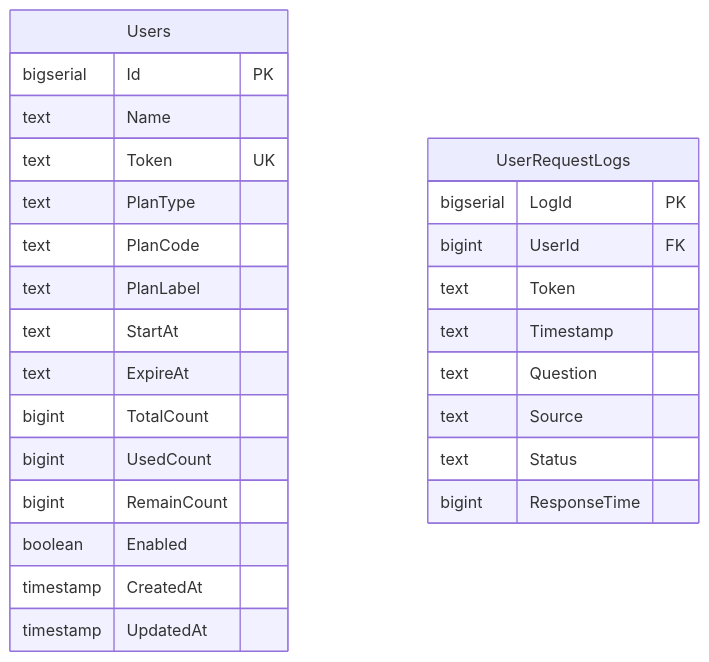
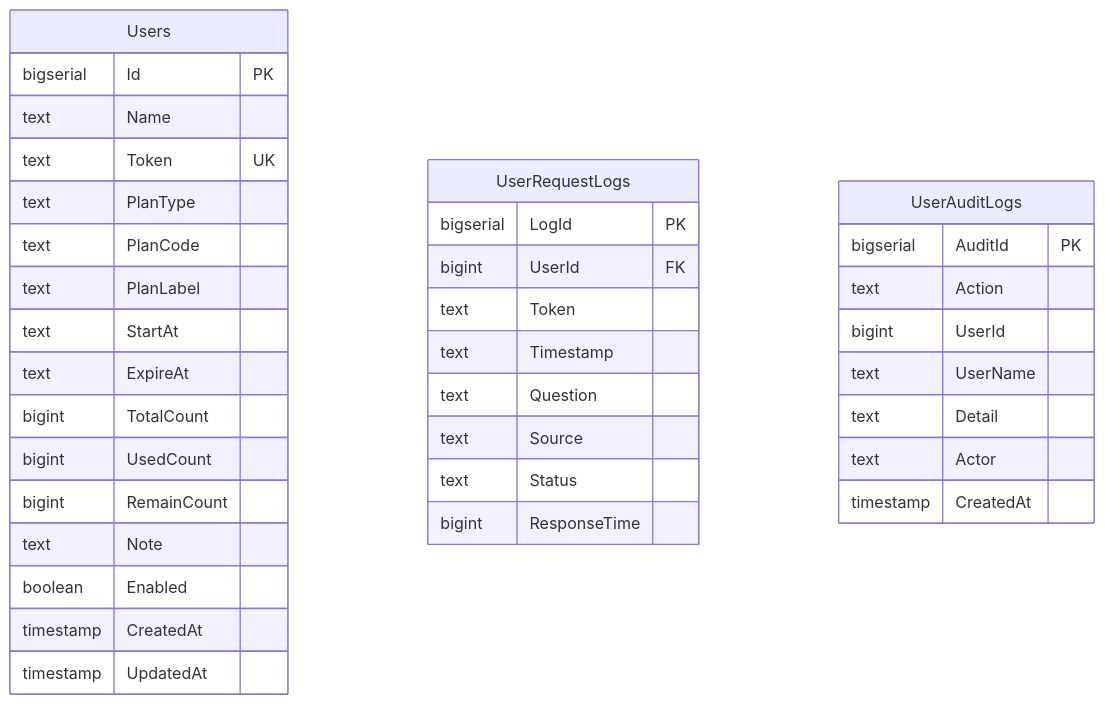
Before and after one commit to NFEN1998/NFENAITK: the second of 2 diagrams in .monkeycode/specs/2026-10-05-user-token-plans/design.md, drawn with Mermaid. The commit also changed other lines of this file and 2 other files, not shown here.

````diff
--- a/.monkeycode/specs/2026-10-05-user-token-plans/design.md
+++ b/.monkeycode/specs/2026-10-05-user-token-plans/design.md
@@ -142,29 +142,39 @@
 ```mermaid
 erDiagram
     Users {
         bigserial Id PK
         text Name
         text Token UK
         text PlanType
         text PlanCode
         text PlanLabel
         text StartAt
         text ExpireAt
         bigint TotalCount
         bigint UsedCount
         bigint RemainCount
+        text Note
         boolean Enabled
         timestamp CreatedAt
         timestamp UpdatedAt
     }
     UserRequestLogs {
         bigserial LogId PK
         bigint UserId FK
         text Token
         text Timestamp
         text Question
         text Source
         text Status
         bigint ResponseTime
     }
+    UserAuditLogs {
+        bigserial AuditId PK
+        text Action
+        bigint UserId
+        text UserName
+        text Detail
+        text Actor
+        timestamp CreatedAt
+    }
 ```
````
